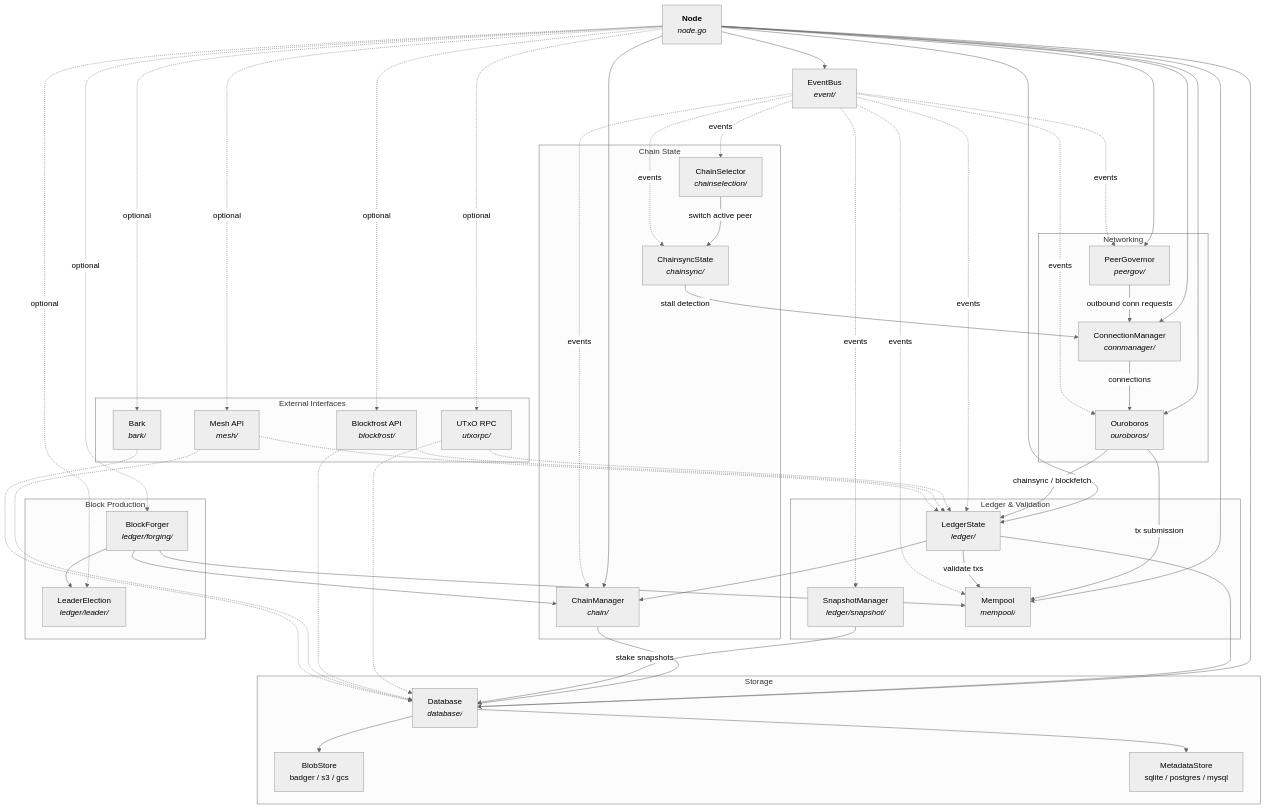
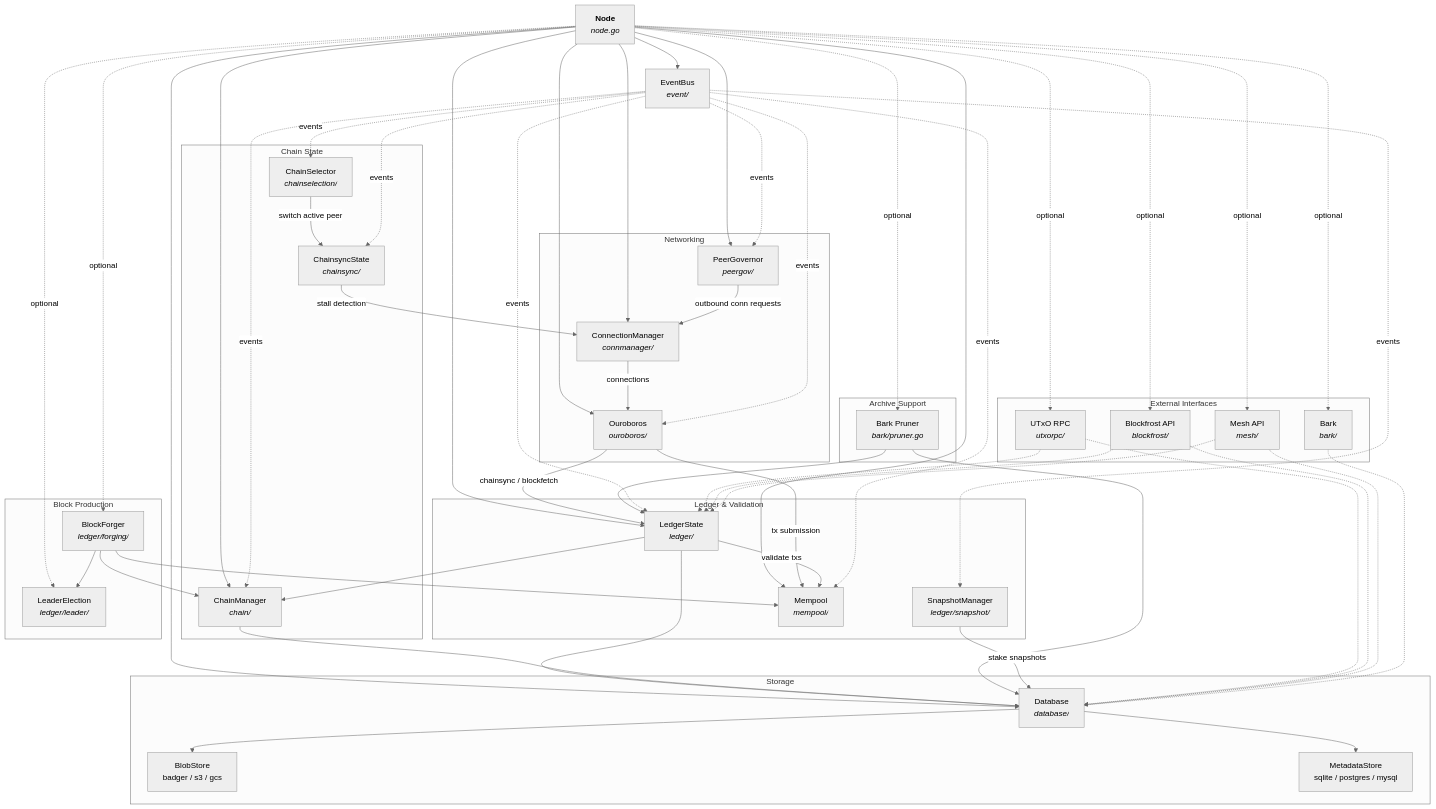
Before and after one commit to blinklabs-io/dingo: the first of 5 diagrams in ARCHITECTURE.md, drawn with Mermaid (neutral theme). The commit also changed other lines of this file and 3 other files, not shown here.

````diff
--- a/ARCHITECTURE.md
+++ b/ARCHITECTURE.md
@@ -59,62 +59,67 @@
 ```mermaid
 graph TB
     Node["<b>Node</b><br/><i>node.go</i>"]
 
     subgraph Networking
         CM["ConnectionManager<br/><i>connmanager/</i>"]
         PG["PeerGovernor<br/><i>peergov/</i>"]
         OB["Ouroboros<br/><i>ouroboros/</i>"]
     end
 
     subgraph "Chain State"
         ChM["ChainManager<br/><i>chain/</i>"]
         CS["ChainsyncState<br/><i>chainsync/</i>"]
         CSel["ChainSelector<br/><i>chainselection/</i>"]
     end
 
     subgraph "Ledger & Validation"
         LS["LedgerState<br/><i>ledger/</i>"]
         SM["SnapshotManager<br/><i>ledger/snapshot/</i>"]
         MP["Mempool<br/><i>mempool/</i>"]
     end
 
     subgraph "Block Production"
         BF["BlockForger<br/><i>ledger/forging/</i>"]
         LE["LeaderElection<br/><i>ledger/leader/</i>"]
     end
 
     subgraph Storage
         DB["Database<br/><i>database/</i>"]
         Blob["BlobStore<br/>badger / s3 / gcs"]
         Meta["MetadataStore<br/>sqlite / postgres / mysql"]
     end
 
     subgraph "External Interfaces"
         URPC["UTxO RPC<br/><i>utxorpc/</i>"]
         BFA["Blockfrost API<br/><i>blockfrost/</i>"]
         Mesh["Mesh API<br/><i>mesh/</i>"]
         Bark["Bark<br/><i>bark/</i>"]
     end
 
+    subgraph "Archive Support"
+        BPruner["Bark Pruner<br/><i>bark/pruner.go</i>"]
+    end
+
     EB["EventBus<br/><i>event/</i>"]
 
     Node --> CM & PG & OB & ChM & LS & MP & DB & EB
-    Node -.->|"optional"| BF & LE & URPC & BFA & Mesh & Bark
+    Node -.->|"optional"| BF & LE & URPC & BFA & Mesh & Bark & BPruner
 
     PG -->|"outbound conn requests"| CM
     CM -->|"connections"| OB
     OB -->|"chainsync / blockfetch"| LS
     OB -->|"tx submission"| MP
     LS --> ChM & DB
     LS -->|"validate txs"| MP
     ChM --> DB
     DB --> Blob & Meta
+    BPruner --> LS & DB
     BF --> LE & MP & ChM
     SM -->|"stake snapshots"| DB
     CSel -->|"switch active peer"| CS
     CS -->|"stall detection"| CM
 
     EB -.->|"events"| LS & ChM & CS & CSel & PG & SM & OB & MP
     URPC & BFA & Mesh -.-> LS & DB
     Bark -.-> DB
 ```
````
